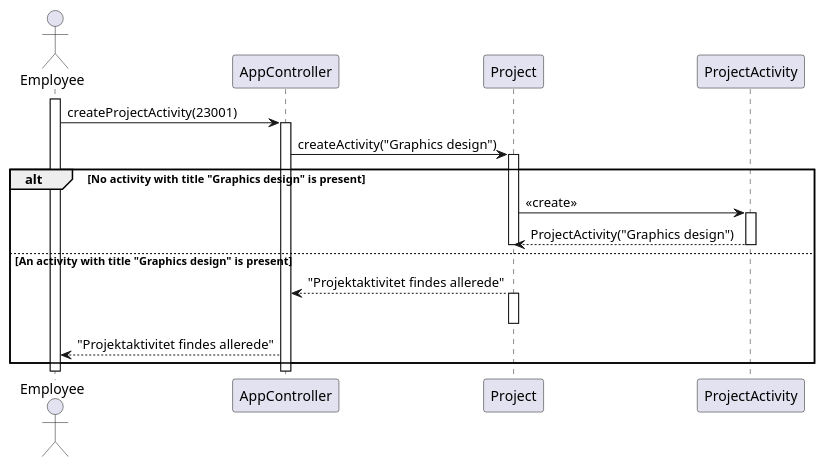
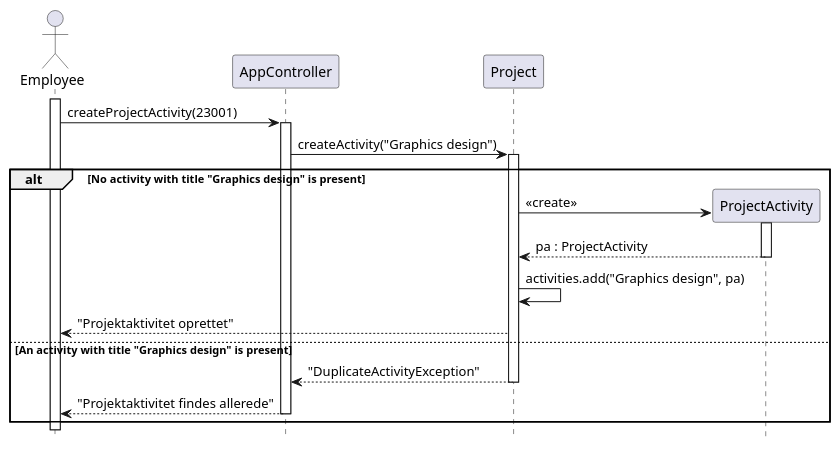
Before and after one commit to rwiuff/02161ExamProject: the diagram in RequirementsAndDesign/SequenceDiagrams/Deprecated/seq_create_activity_no_PL_case1.puml, drawn with PlantUML. The commit also changed 26 other files, not shown here.

Commit message:
wip: Sequence diagrams

```diff
--- a/RequirementsAndDesign/SequenceDiagrams/Deprecated/seq_create_activity_no_PL_case1.puml
+++ b/RequirementsAndDesign/SequenceDiagrams/Deprecated/seq_create_activity_no_PL_case1.puml
@@ -1,24 +1,26 @@
 @startuml createActivityNoPLCase1
+hide footbox
 actor "Employee" as emp
 participant AppController as app
 participant Project as p
 participant ProjectActivity as ppa
 
 activate emp
 emp -> app : createProjectActivity(23001)
 activate app
 app -> p : createActivity("Graphics design")
 activate p
 alt No activity with title "Graphics design" is present
-p -> ppa : <<create>>
+p -> ppa** : <<create>>
 activate ppa
-ppa --> p : ProjectActivity("Graphics design")
+ppa --> p : pa : ProjectActivity
 deactivate ppa
-deactivate p
+p -> p : activities.add("Graphics design", pa)
+p --> emp : "Projektaktivitet oprettet"
 else An activity with title "Graphics design" is present
-p --> app : "Projektaktivitet findes allerede"
-activate p
+p --> app : "DuplicateActivityException"
 deactivate p
 app --> emp : "Projektaktivitet findes allerede"
+deactivate app
 end
 @enduml
```
